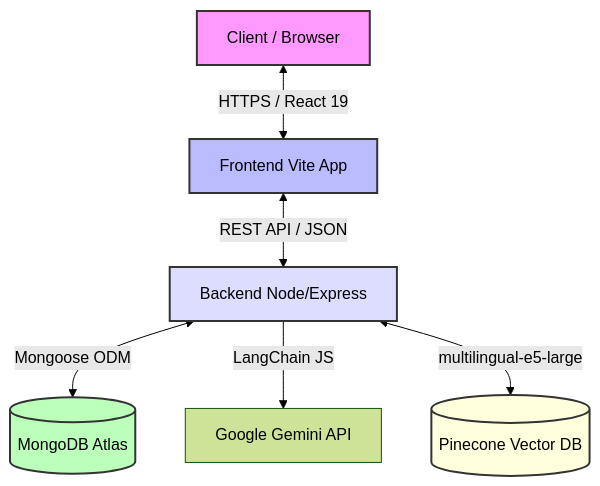
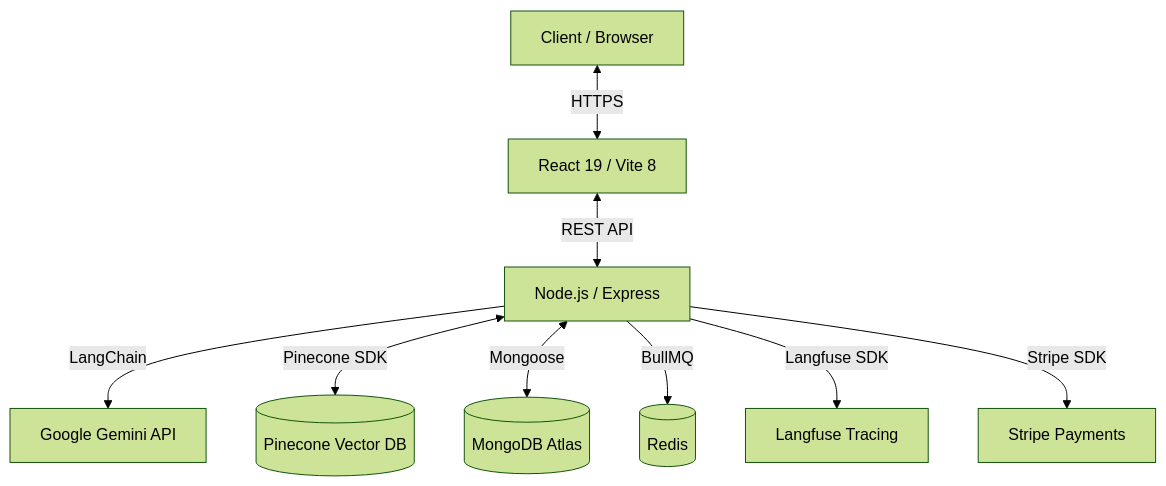
The diagram in docs/README.md (aqdy-ai/aqdy-platform), drawn with Mermaid (forest theme) before and after one commit. The commit also changed other lines of this file and 65 other files, not shown here.

````diff
--- a/docs/README.md
+++ b/docs/README.md
@@ -13,14 +63,11 @@
 ```mermaid
 graph TD
-    User[Client / Browser] <-->|HTTPS / React 19| FE[Frontend Vite App]
-    FE <-->|REST API / JSON| BE[Backend Node/Express]
-    BE <-->|Mongoose ODM| DB[(MongoDB Atlas)]
-    BE -->|LangChain JS| LLM[Google Gemini API]
-    BE <-->|multilingual-e5-large| Vector[(Pinecone Vector DB)]
-    
-    style User fill:#f9f,stroke:#333,stroke-width:2px
-    style FE fill:#bbf,stroke:#333,stroke-width:2px
-    style BE fill:#ddf,stroke:#333,stroke-width:2px
-    style DB fill:#bfb,stroke:#333,stroke-width:2px
-    style Vector fill:#ffd,stroke:#333,stroke-width:2px
+    User[Client / Browser] <-->|HTTPS| FE[React 19 / Vite 8]
+    FE <-->|REST API| BE[Node.js / Express]
+    BE -->|LangChain| LLM[Google Gemini API]
+    BE <-->|Pinecone SDK| Vector[(Pinecone Vector DB)]
+    BE <-->|Mongoose| DB[(MongoDB Atlas)]
+    BE -->|BullMQ| Redis[(Redis)]
+    BE -->|Langfuse SDK| Trace[Langfuse Tracing]
+    BE -->|Stripe SDK| Payments[Stripe Payments]
 ```
````
